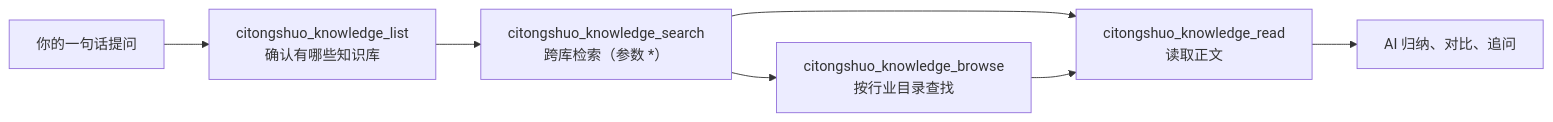
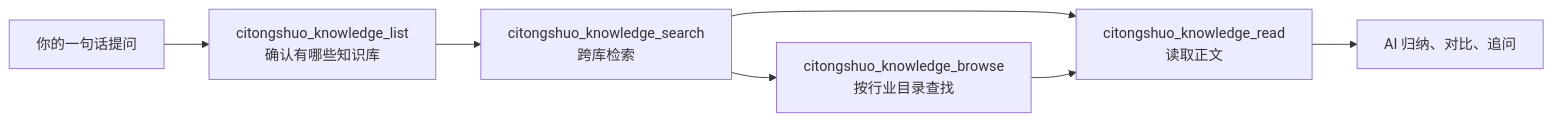
Before and after one commit to duhanjun/citongshuo.github.io: the diagram in _posts/2026-10-05-刺桐说金融知识MCP服务正式上线.md, drawn with Mermaid. The commit also changed other lines of this file, not shown here.

````diff
--- a/_posts/2026-10-05-刺桐说金融知识MCP服务正式上线.md
+++ b/_posts/2026-10-05-刺桐说金融知识MCP服务正式上线.md
@@ -79,9 +76,9 @@
 ```mermaid
 flowchart LR
     A["你的一句话提问"] --> B["citongshuo_knowledge_list<br/>确认有哪些知识库"]
-    B --> C["citongshuo_knowledge_search<br/>跨库检索（参数 *）"]
+    B --> C["citongshuo_knowledge_search<br/>跨库检索"]
     C --> D["citongshuo_knowledge_browse<br/>按行业目录查找"]
     C --> E["citongshuo_knowledge_read<br/>读取正文"]
     D --> E
     E --> F["AI 归纳、对比、追问"]
 ```
````
